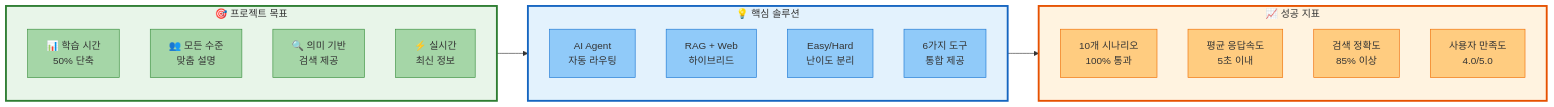
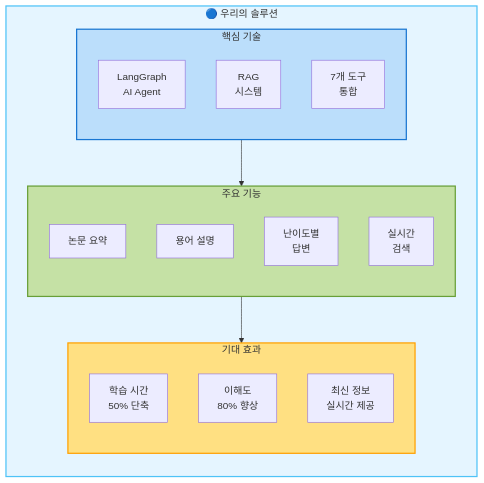
The second of 10 diagrams in docs/PPT/new/02_프로젝트_목표_및_설계.md (AIBootcamp14/langchainproject-new-langchainproject_5), drawn with Mermaid before and after one commit. The commit also changed other lines of this file, not shown here.

First line of the commit message:
docs: PPT 프로젝트 목표 및 설계 슬라이드 개선

````diff
--- a/docs/PPT/new/02_프로젝트_목표_및_설계.md
+++ b/docs/PPT/new/02_프로젝트_목표_및_설계.md
@@ -100,49 +86,35 @@
 ```mermaid
 graph LR
-    subgraph Goals["🎯 프로젝트 목표"]
-        direction TB
-        G1[📊 학습 시간<br/>50% 단축]
-        G2[👥 모든 수준<br/>맞춤 설명]
-        G3[🔍 의미 기반<br/>검색 제공]
-        G4[⚡ 실시간<br/>최신 정보]
+    subgraph Solution["🔵 우리의 솔루션"]
+        subgraph Tech["핵심 기술"]
+            direction TB
+            T1[LangGraph<br/>AI Agent]
+            T2[RAG<br/>시스템]
+            T3[7개 도구<br/>통합]
+        end
+
+        subgraph Features["주요 기능"]
+            direction TB
+            F1[논문 요약]
+            F2[용어 설명]
+            F3[난이도별<br/>답변]
+            F4[실시간<br/>검색]
+        end
+
+        subgraph Benefits["기대 효과"]
+            direction TB
+            B1[학습 시간<br/>50% 단축]
+            B2[이해도<br/>80% 향상]
+            B3[최신 정보<br/>실시간 제공]
+        end
     end
 
-    subgraph Solutions["💡 핵심 솔루션"]
-        direction TB
-        S1[AI Agent<br/>자동 라우팅]
-        S2[RAG + Web<br/>하이브리드]
-        S3[Easy/Hard<br/>난이도 분리]
-        S4[6가지 도구<br/>통합 제공]
-    end
-
-    subgraph Metrics["📈 성공 지표"]
-        direction TB
-        M1[10개 시나리오<br/>100% 통과]
-        M2[평균 응답속도<br/>5초 이내]
-        M3[검색 정확도<br/>85% 이상]
-        M4[사용자 만족도<br/>4.0/5.0]
-    end
-
-    Goals --> Solutions
-    Solutions --> Metrics
+    Tech --> Features
+    Features --> Benefits
 
     %% 스타일링
-    style Goals fill:#e8f5e9,stroke:#2e7d32,stroke-width:3px
-    style Solutions fill:#e3f2fd,stroke:#1565c0,stroke-width:3px
-    style Metrics fill:#fff3e0,stroke:#e65100,stroke-width:3px
-
-    style G1 fill:#a5d6a7,stroke:#388e3c
-    style G2 fill:#a5d6a7,stroke:#388e3c
-    style G3 fill:#a5d6a7,stroke:#388e3c
-    style G4 fill:#a5d6a7,stroke:#388e3c
-
-    style S1 fill:#90caf9,stroke:#1976d2
-    style S2 fill:#90caf9,stroke:#1976d2
-    style S3 fill:#90caf9,stroke:#1976d2
-    style S4 fill:#90caf9,stroke:#1976d2
-
-    style M1 fill:#ffcc80,stroke:#ef6c00
-    style M2 fill:#ffcc80,stroke:#ef6c00
-    style M3 fill:#ffcc80,stroke:#ef6c00
-    style M4 fill:#ffcc80,stroke:#ef6c00
+    style Solution fill:#E5F5FF,stroke:#4FC3F7,stroke-width:2px
+    style Tech fill:#BBDEFB,stroke:#1976D2,stroke-width:2px
+    style Features fill:#C5E1A5,stroke:#689F38,stroke-width:2px
+    style Benefits fill:#FFE082,stroke:#FFA000,stroke-width:2px
 ```
````
